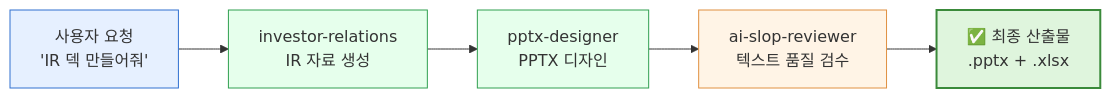
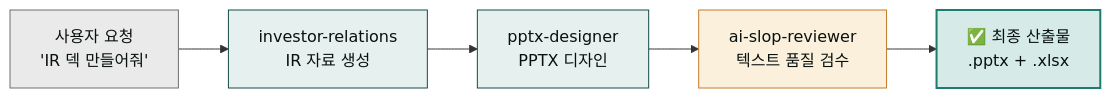
Before and after one commit to modu-ai/claude: the diagram in content/getting-started/first-task.md, drawn with Mermaid. The commit also changed 97 other files, not shown here.

First line of the commit message:
style(docs-site): mermaid 색상 브랜드 정합 + 라이트 테마 단일화

````diff
--- a/content/getting-started/first-task.md
+++ b/content/getting-started/first-task.md
@@ -67,13 +67,13 @@
 ```mermaid
 flowchart LR
     A["사용자 요청<br/>'IR 덱 만들어줘'"] --> B["investor-relations<br/>IR 자료 생성"]
     B --> C["pptx-designer<br/>PPTX 디자인"]
     C --> D["ai-slop-reviewer<br/>텍스트 품질 검수"]
     D --> E["✅ 최종 산출물<br/>.pptx + .xlsx"]
 
-    style A fill:#e6f0ff,stroke:#3070d0
-    style B fill:#e6ffec,stroke:#30a050
-    style C fill:#e6ffec,stroke:#30a050
-    style D fill:#fff4e6,stroke:#e09040
-    style E fill:#dff5dd,stroke:#3a8a3a,stroke-width:2px
+    style A fill:#eaeaea,stroke:#6e6e6e,color:#09110f
+    style B fill:#e6f0ef,stroke:#144a46,color:#09110f
+    style C fill:#e6f0ef,stroke:#144a46,color:#09110f
+    style D fill:#fbf0dc,stroke:#c47b2a,color:#09110f
+    style E fill:#d6ebe7,stroke:#1c7c70,stroke-width:2px,color:#09110f
 ```
````
